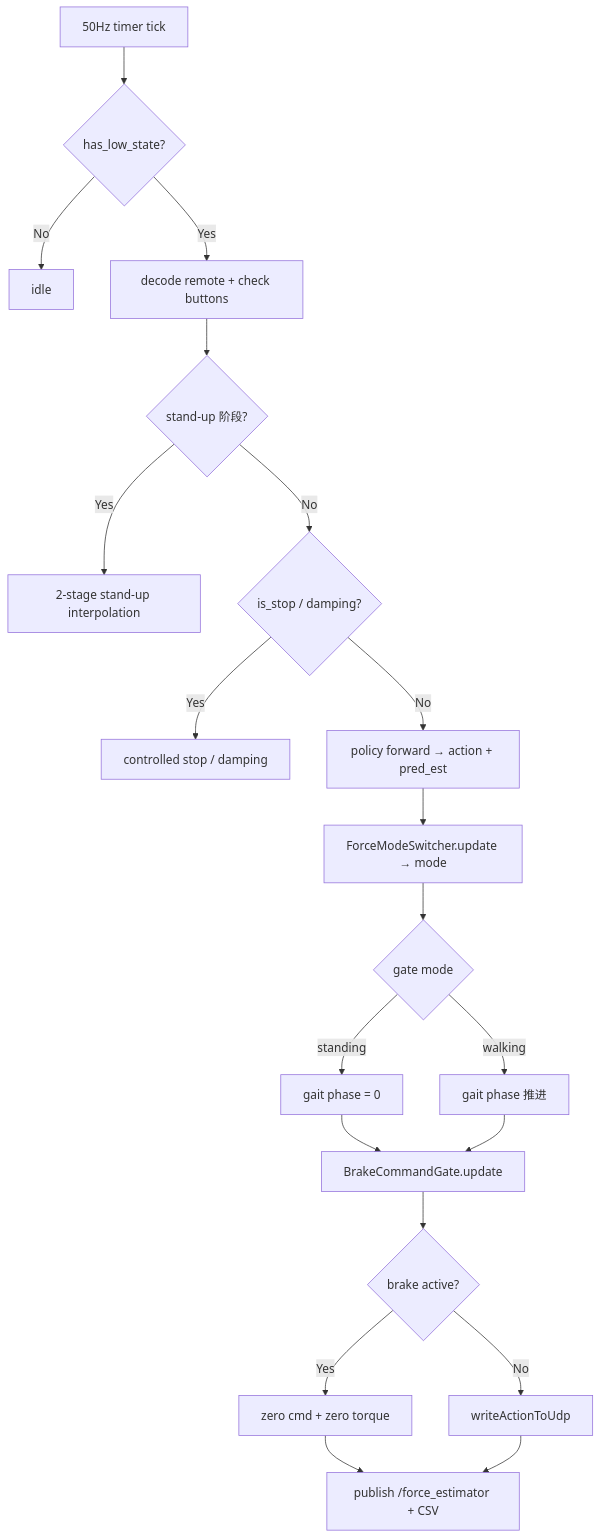
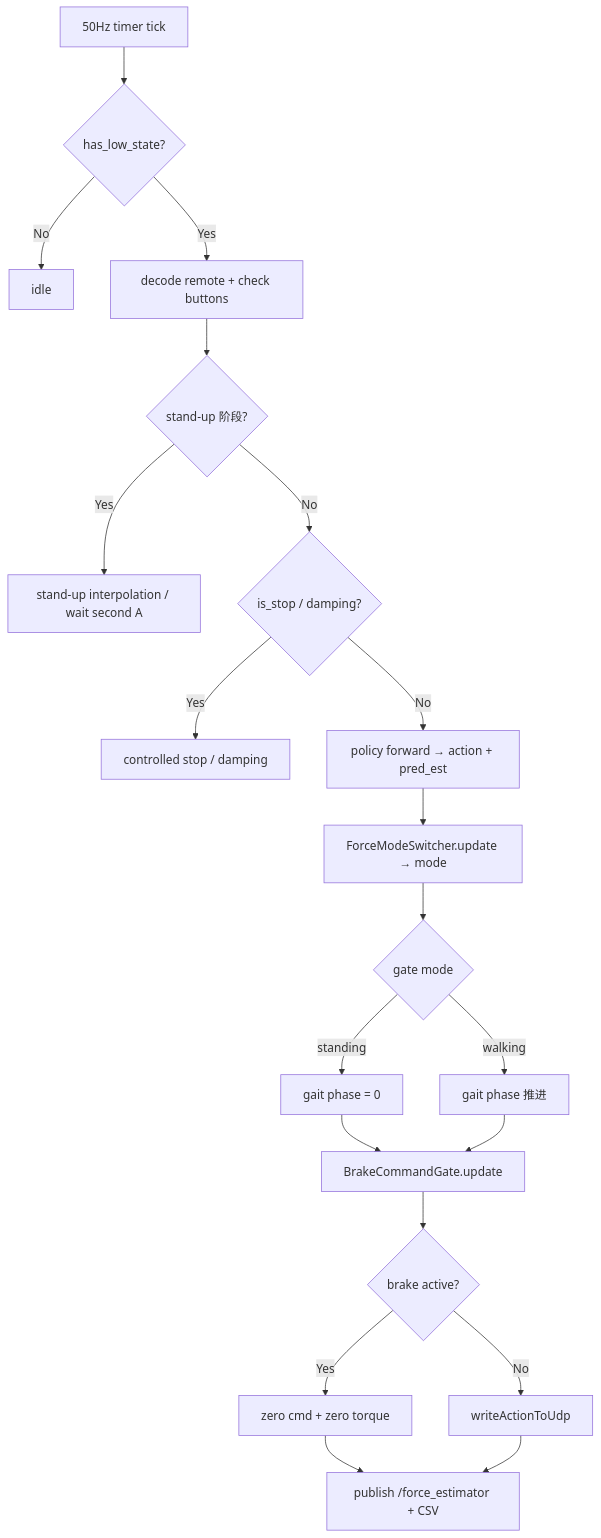
One commit to Jam-Stark/AliengoSim2Real changed the second of 2 diagrams in scripts/Stand-Walk_Gate.md. Above: the diagram before and after it, drawn with Mermaid. The commit also changed other lines of this file and 3 other files, not shown here.

````diff
--- a/scripts/Stand-Walk_Gate.md
+++ b/scripts/Stand-Walk_Gate.md
@@ -342,22 +342,22 @@
 ```mermaid
 flowchart TD
     A[50Hz timer tick] --> B{has_low_state?}
     B -- No --> Z[idle]
     B -- Yes --> C[decode remote + check buttons]
     C --> D{stand-up 阶段?}
-    D -- Yes --> E[2-stage stand-up interpolation]
+    D -- Yes --> E[stand-up interpolation / wait second A]
     D -- No --> F{is_stop / damping?}
     F -- Yes --> G[controlled stop / damping]
     F -- No --> H[policy forward → action + pred_est]
     H --> I[ForceModeSwitcher.update → mode]
     I --> J{gate mode}
     J -->|standing| K[gait phase = 0]
     J -->|walking| L[gait phase 推进]
     K --> M[BrakeCommandGate.update]
     L --> M
     M --> N{brake active?}
     N -- Yes --> O[zero cmd + zero torque]
     N -- No --> P[writeActionToUdp]
     O --> Q[publish /force_estimator + CSV]
     P --> Q
 ```
````
